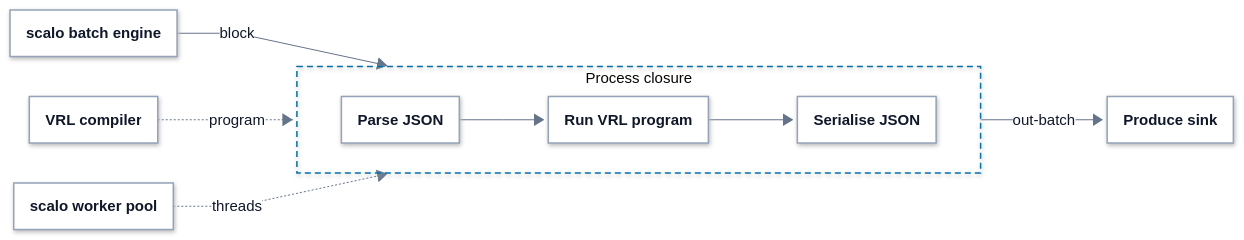
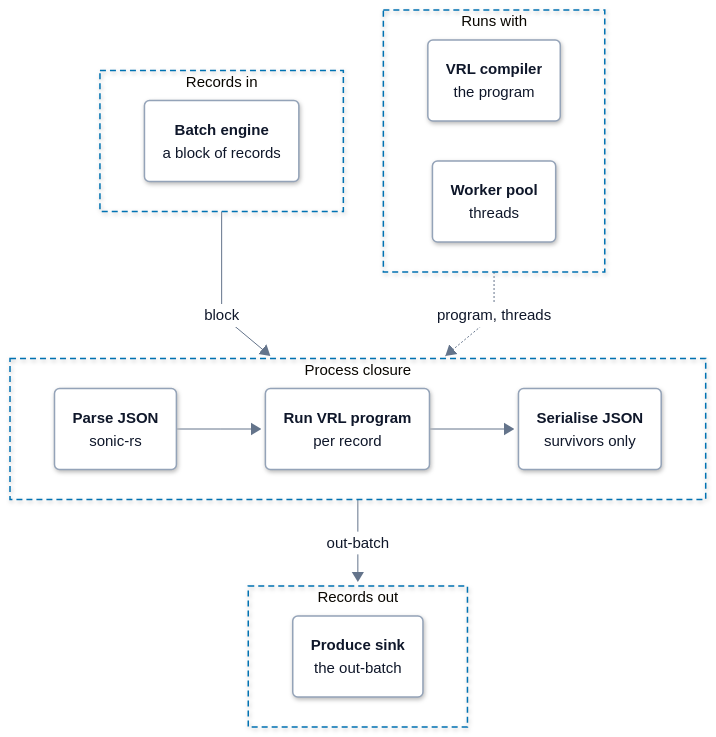
Before and after one commit to hyperi-io/dfe-transform-vrl: the diagram in docs/internals.md, drawn with Mermaid. The commit also changed other lines of this file and 5 other files, not shown here.

First line of the commit message:
docs(architecture): align VRL transform pages with the standard (#160)

````diff
--- a/docs/internals.md
+++ b/docs/internals.md
@@ -52,25 +58,38 @@
     .ui .label-icon{color:#D9480F}
     .ext .label-icon{color:#64748B}
 ---
-flowchart LR
+flowchart TB
     accTitle: L4 Detail -- Process closure
     accDescr: The batch engine hands a block of records to the process closure, the VRL compiler gives it the compiled program and the worker pool gives it threads. Inside, each record is parsed from JSON, run through the VRL program and serialised back to JSON. The out-batch goes to the produce sink.
 
-    engine["<b>scalo batch engine</b>"]
-    compiler["<b>VRL compiler</b>"]
-    pool["<b>scalo worker pool</b>"]
-
-    subgraph process["Process closure"]
+    subgraph REC["Records in"]
         direction LR
-        parse["<b>Parse JSON</b>"] --> run["<b>Run VRL program</b>"] --> serialise["<b>Serialise JSON</b>"]
+        engine("<b>Batch engine</b><br/><span>a block of records</span>")
     end
 
-    produce["<b>Produce sink</b>"]
+    subgraph RUN["Runs with"]
+        direction LR
+        compiler("<b>VRL compiler</b><br/><span>the program</span>")
+        pool("<b>Worker pool</b><br/><span>threads</span>")
+    end
 
-    engine -->|block| process
-    compiler -.->|program| process
-    pool -.->|threads| process
-    process -->|out-batch| produce
+    subgraph PC["Process closure"]
+        direction LR
+        parse("<b>Parse JSON</b><br/><span>sonic-rs</span>")
+        run("<b>Run VRL program</b><br/><span>per record</span>")
+        serialise("<b>Serialise JSON</b><br/><span>survivors only</span>")
+        parse --> run --> serialise
+    end
+
+    subgraph OUTB["Records out"]
+        direction LR
+        produce("<b>Produce sink</b><br/><span>the out-batch</span>")
+    end
+
+    REC -->|block| PC
+    RUN -.->|program, threads| PC
+    PC -->|out-batch| OUTB
+  class engine,compiler,pool,parse,run,serialise,produce part
   classDef ext fill:#F4F6F8,stroke:#94A3B8,stroke-width:1.5px,stroke-dasharray:5 4,color:#0F172A
   classDef ingest fill:#FFFFFF,stroke:#0E8A7D,stroke-width:3px,color:#0F172A
   classDef xform fill:#FFFFFF,stroke:#7B4FB0,stroke-width:3px,color:#0F172A
@@ -82,6 +101,8 @@
   classDef error fill:#FFFFFF,stroke:#C2410C,stroke-width:3px,color:#0F172A
   classDef control fill:#FFFFFF,stroke:#334155,stroke-width:3px,color:#0F172A
   classDef part fill:#FFFFFF,stroke:#94A3B8,stroke-width:1.5px,color:#0F172A
-  class engine,compiler,pool,parse,run,serialise,produce part
-  style process fill:none,stroke:#0072B2,stroke-width:1.5px,stroke-dasharray:6 4
+  style REC fill:none,stroke:#0072B2,stroke-width:1.5px,stroke-dasharray:6 4
+  style RUN fill:none,stroke:#0072B2,stroke-width:1.5px,stroke-dasharray:6 4
+  style PC fill:none,stroke:#0072B2,stroke-width:1.5px,stroke-dasharray:6 4
+  style OUTB fill:none,stroke:#0072B2,stroke-width:1.5px,stroke-dasharray:6 4
 ```
````
